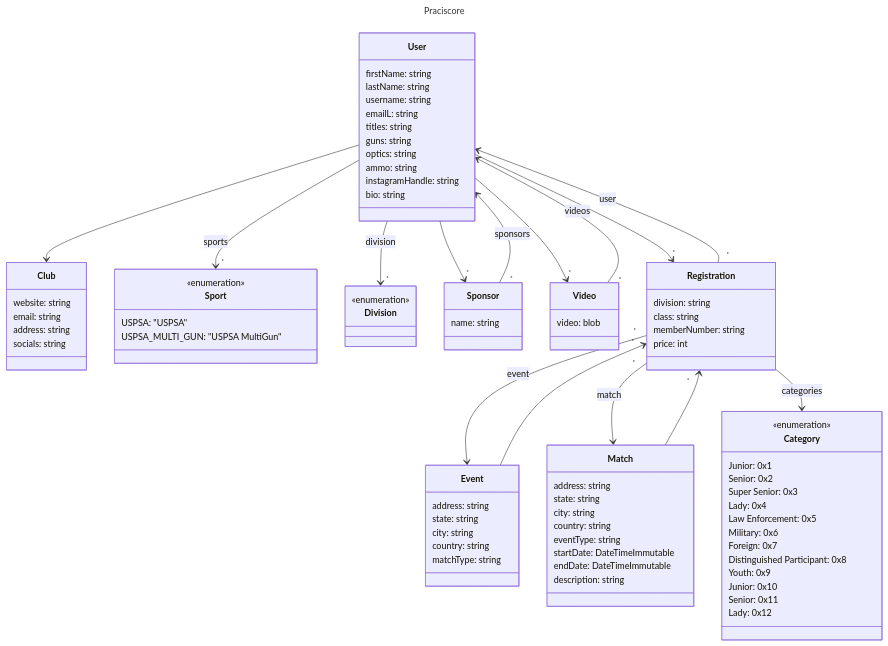
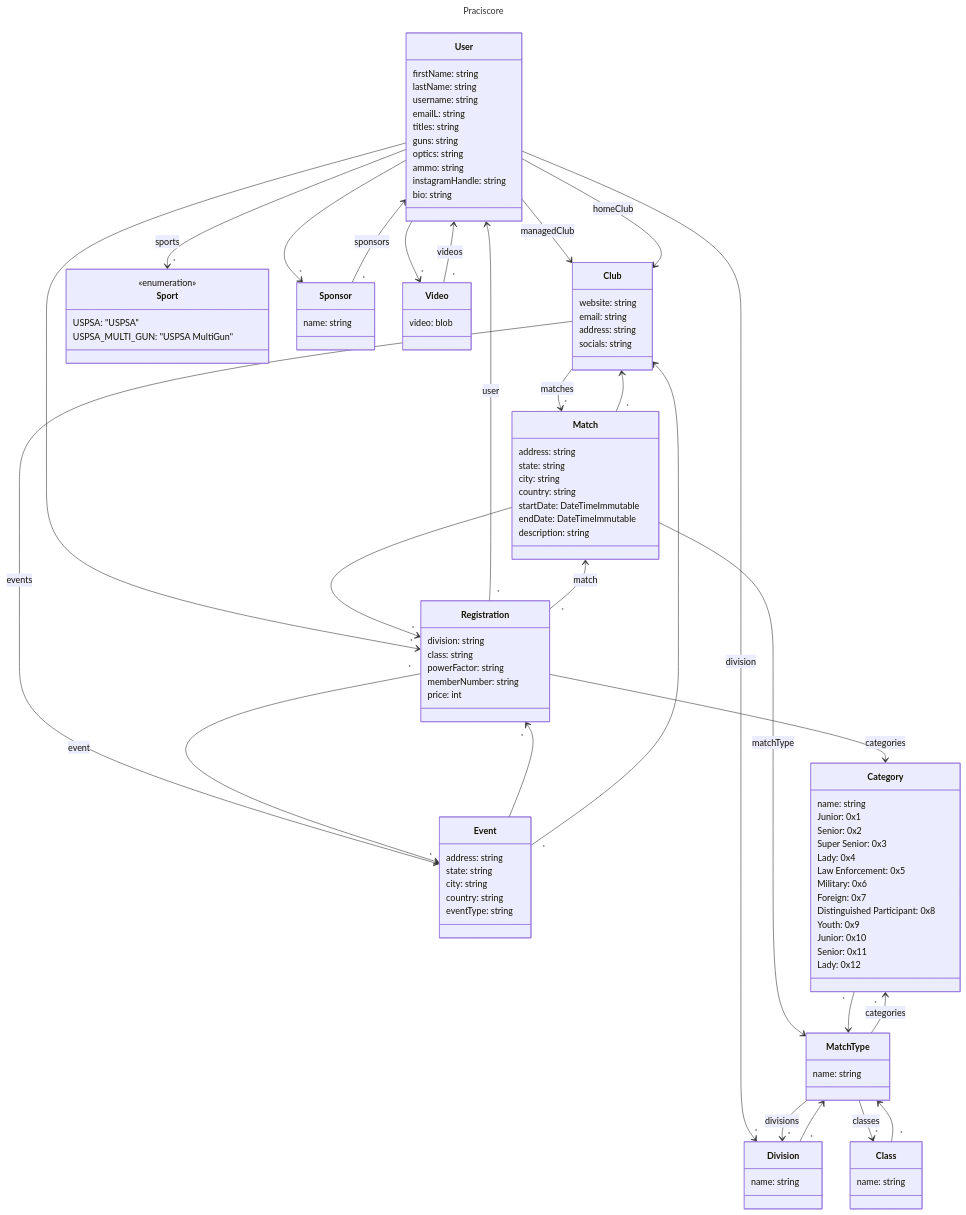
One commit to DankYoda/Practiscore changed the diagram in docs/class_diagram.mmd. Above: the diagram before and after it, drawn with Mermaid.

Commit message:
Added match type information

```diff
--- a/docs/class_diagram.mmd
+++ b/docs/class_diagram.mmd
@@ -1,94 +1,115 @@
 ---
 title: Praciscore
 ---
 classDiagram
-    User --> Club
+    User --> Club: managedClub
+    User --> Club: homeClub
     User --> "*" Sport: sports
     User --> "*" Division: division
     User --> "*" Sponsor
     User --> "*" Video
     User --> "*" Registration
     class User {
         firstName: string
         lastName: string
         username: string
         emailL: string
         titles: string
         guns: string
         optics: string
         ammo: string
         instagramHandle: string
         bio: string
     }
+    Club --> "*" Match: matches
+    Club --> "*" Event: events
     class Club {
         website: string
         email: string
         address: string
         socials: string
     }
     Match --> "*" Registration
+    Match --> MatchType: matchType
+    Match "*" --> Club
     class Match {
         address: string
         state: string
         city: string
         country: string
-        eventType: string
         startDate: DateTimeImmutable
         endDate: DateTimeImmutable
         description: string
     }
     Registration "*" --> User: user
     Registration "*" --> Event: event
     Registration "*" --> Match: match
     Registration --> Category: categories
     class Registration {
         division: string
         class: string
+        powerFactor: string
         memberNumber: string
         price: int
     }
 
     Event --> "*" Registration
+    Event "*" --> Club
     class Event {
         address: string
         state: string
         city: string
         country: string
-        matchType: string
+        eventType: string
     }
+
+    MatchType --> "*" Division: divisions
+    MatchType --> "*" Class: classes
+    MatchType --> "*" Category: categories
+    class MatchType {
+        name: string
+    }
+    Division "*" --> MatchType
+    class Division {
+        name: string
+    }
+    Class "*" --> MatchType
+    class Class {
+        name: string
+    }
+    Category "*" --> MatchType
+    class Category {
+        name: string
+    }
+
 
     Sponsor "*" --> User: sponsors
     class Sponsor {
         name: string
     }
 
     class Sport {
         <<enumeration>>
         USPSA: "USPSA"
         USPSA_MULTI_GUN: "USPSA MultiGun"
     }
 
     class Category {
-        <<enumeration>>
         Junior: 0x1
         Senior: 0x2
         Super Senior: 0x3
         Lady: 0x4
         Law Enforcement: 0x5
         Military: 0x6
         Foreign: 0x7
         Distinguished Participant: 0x8
         Youth: 0x9
         Junior: 0x10
         Senior: 0x11
         Lady: 0x12
     }
 
-    class Division {
-        <<enumeration>>
-    }
-
     Video "*" --> User: videos
     class Video {
         video: blob
     }
```
